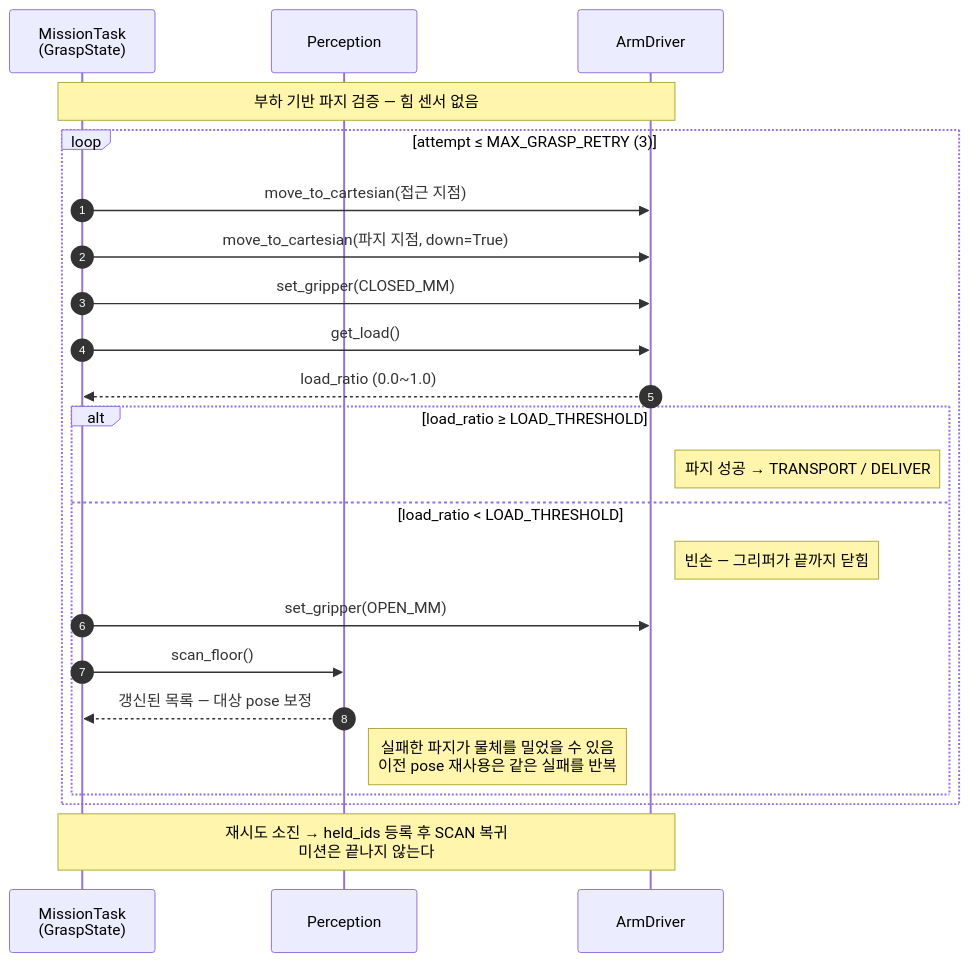
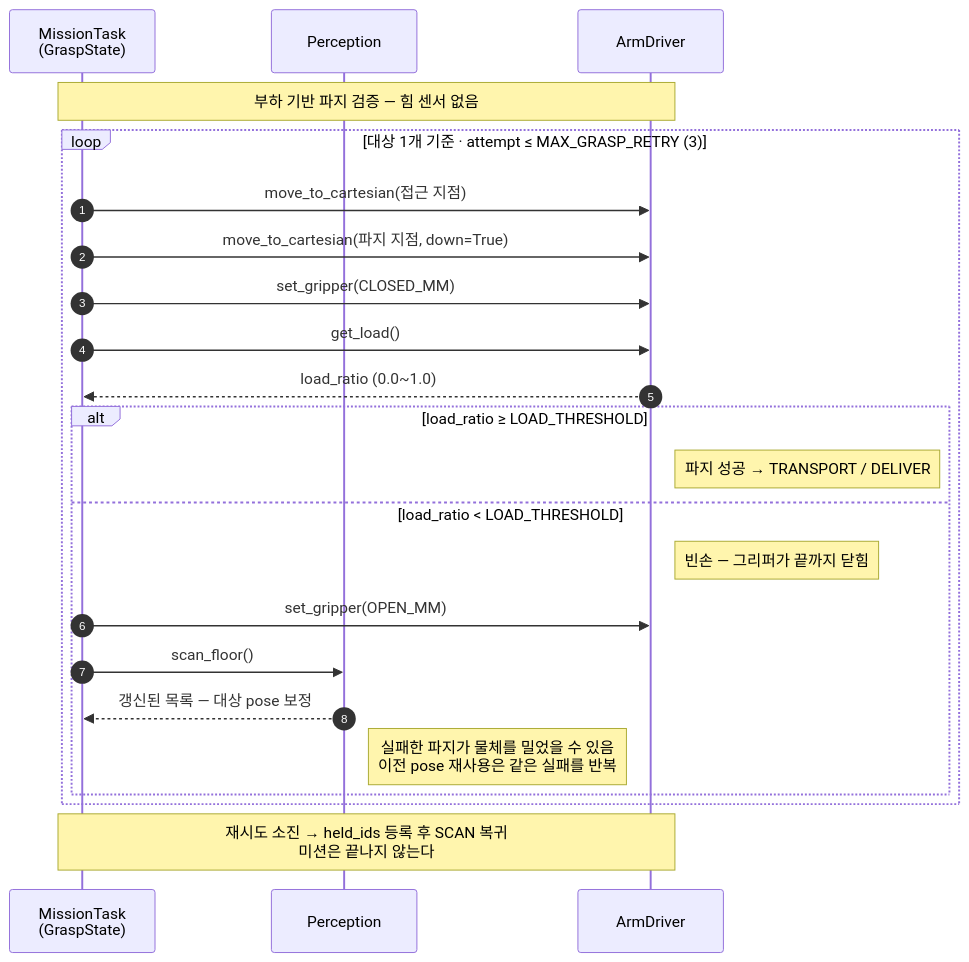
Before and after one commit to grippers-intel/grippers: the second of 5 diagrams in docs/design/sequences.md, drawn with Mermaid. The commit also changed other lines of this file and 3 other files, not shown here.

Commit message:
sysy009/docs/scope grasp retry budget per target & flag scan no-change defect

````diff
--- a/docs/design/sequences.md
+++ b/docs/design/sequences.md
@@ -96,29 +96,29 @@
 ```mermaid
 sequenceDiagram
     autonumber
     participant T as MissionTask<br/>(GraspState)
     participant P as Perception
     participant A as ArmDriver
 
     Note over T,A: 부하 기반 파지 검증 — 힘 센서 없음
 
-    loop attempt ≤ MAX_GRASP_RETRY (3)
+    loop 대상 1개 기준 · attempt ≤ MAX_GRASP_RETRY (3)
         T->>A: move_to_cartesian(접근 지점)
         T->>A: move_to_cartesian(파지 지점, down=True)
         T->>A: set_gripper(CLOSED_MM)
         T->>A: get_load()
         A-->>T: load_ratio (0.0~1.0)
 
         alt load_ratio ≥ LOAD_THRESHOLD
             Note right of A: 파지 성공 → TRANSPORT / DELIVER
         else load_ratio < LOAD_THRESHOLD
             Note right of A: 빈손 — 그리퍼가 끝까지 닫힘
             T->>A: set_gripper(OPEN_MM)
             T->>P: scan_floor()
             P-->>T: 갱신된 목록 — 대상 pose 보정
             Note right of P: 실패한 파지가 물체를 밀었을 수 있음<br/>이전 pose 재사용은 같은 실패를 반복
         end
     end
 
     Note over T,A: 재시도 소진 → held_ids 등록 후 SCAN 복귀<br/>미션은 끝나지 않는다
 ```
````
